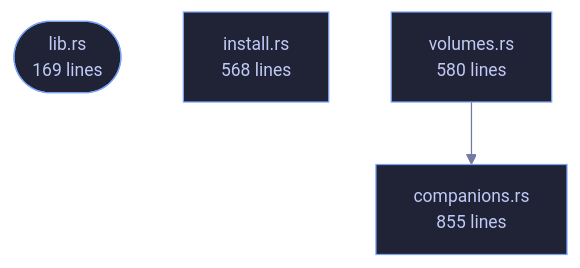
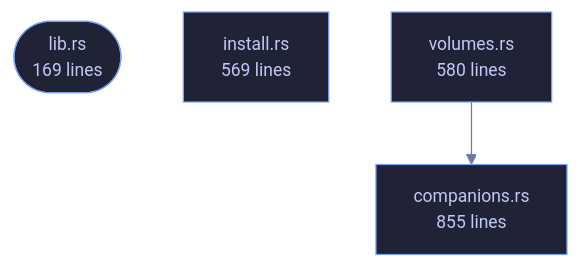
The diagram in wiki/Crate-veilvoice-setup.md (tilas01/veilvoice), drawn with Mermaid before and after one commit. The commit also changed other lines of this file and 98 other files, not shown here.

````diff
--- a/wiki/Crate-veilvoice-setup.md
+++ b/wiki/Crate-veilvoice-setup.md
@@ -90,13 +90,13 @@
 ```mermaid
 %%{init: {"theme":"base","themeVariables":{"background":"#1a1b26","primaryColor":"#1f2335","primaryTextColor":"#c0caf5","primaryBorderColor":"#7aa2f7","secondaryColor":"#16161e","tertiaryColor":"#16161e","lineColor":"#737aa2","textColor":"#c0caf5","mainBkg":"#1f2335","nodeBorder":"#7aa2f7","clusterBkg":"#16161e","clusterBorder":"#2f3549","fontFamily":"ui-monospace, SFMono-Regular, Consolas, monospace","fontSize":"14px"}}}%%
 flowchart TD
     n_lib(["lib.rs<br/>169 lines"])
     n_companions["companions.rs<br/>855 lines"]
-    n_install["install.rs<br/>568 lines"]
+    n_install["install.rs<br/>569 lines"]
     n_volumes["volumes.rs<br/>580 lines"]
     n_volumes --> n_companions
     click n_lib href "https://github.com/tilas01/veilvoice/blob/main/crates/veilvoice-setup/src/lib.rs" "open the source"
     click n_companions href "https://github.com/tilas01/veilvoice/blob/main/crates/veilvoice-setup/src/companions.rs" "open the source"
     click n_install href "https://github.com/tilas01/veilvoice/blob/main/crates/veilvoice-setup/src/install.rs" "open the source"
     click n_volumes href "https://github.com/tilas01/veilvoice/blob/main/crates/veilvoice-setup/src/volumes.rs" "open the source"
 ```
````
